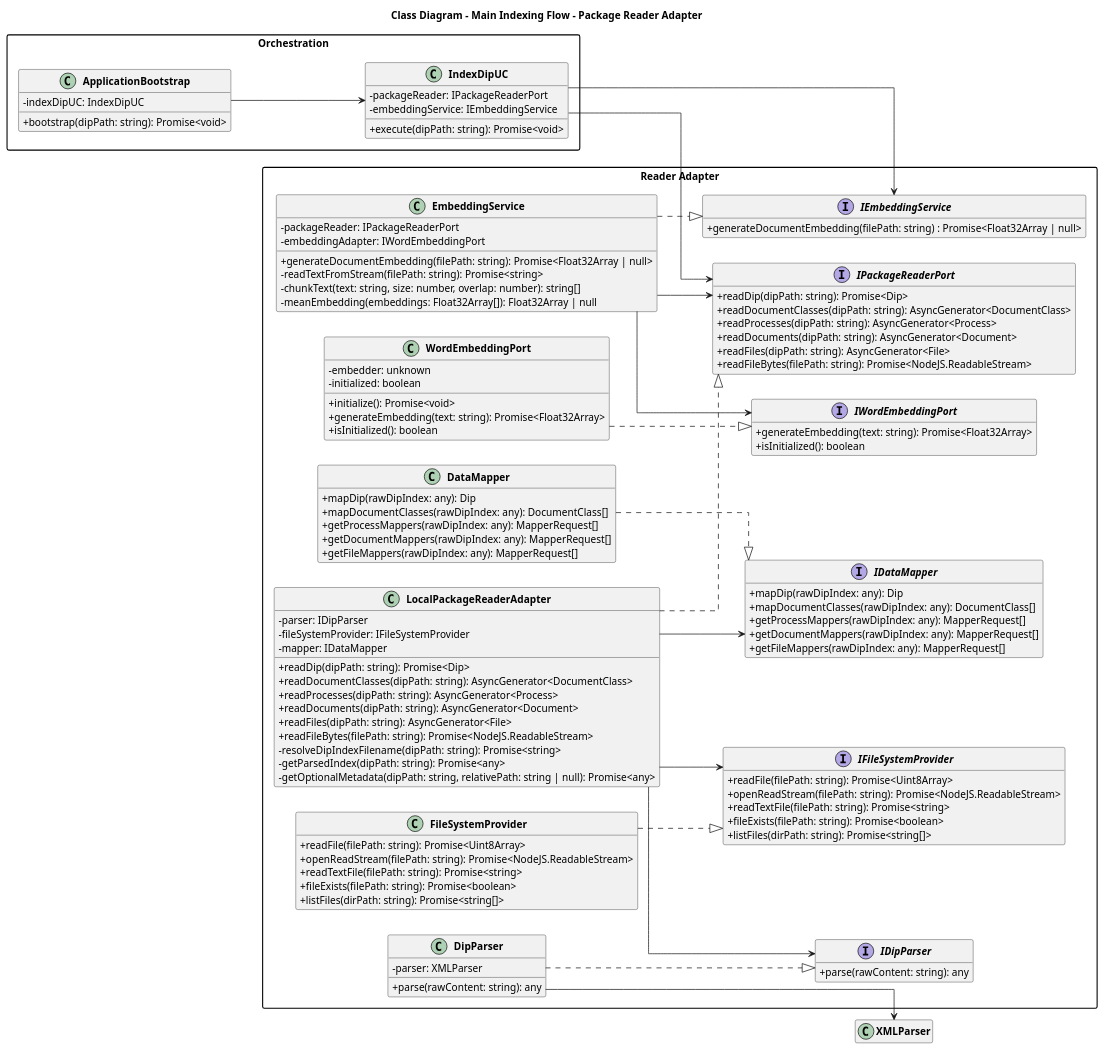
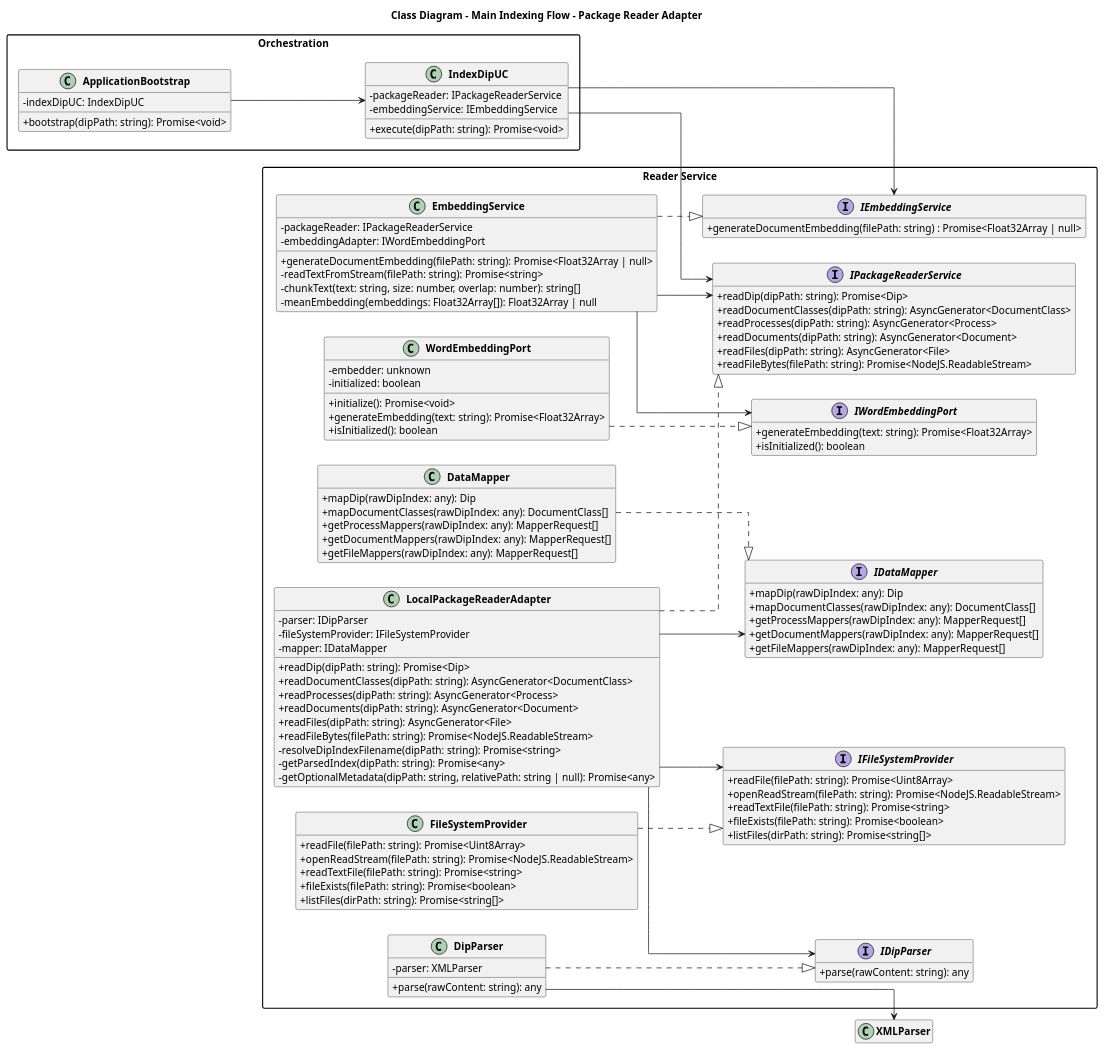
The diagram in 3_PB/DocumentiEsterni/DiagrammiSpecificaTecnica/C4/C4_Main_Indexing_Flow_packageReaderAdapter.puml (7-ZPUs/Docs), drawn with PlantUML before and after one commit. The commit also changed 11 other files, not shown here.

```diff
--- a/3_PB/DocumentiEsterni/DiagrammiSpecificaTecnica/C4/C4_Main_Indexing_Flow_packageReaderAdapter.puml
+++ b/3_PB/DocumentiEsterni/DiagrammiSpecificaTecnica/C4/C4_Main_Indexing_Flow_packageReaderAdapter.puml
@@ -1,134 +1,134 @@
 @startuml Class Diagram - Main Indexing Flow - Package Reader Adapter
 
 left to right direction
 skinparam classAttributeIconSize 0
 skinparam classFontStyle bold
 skinparam packageStyle rectangle
 skinparam linetype ortho
 hide empty members
 
 title Class Diagram - Main Indexing Flow - Package Reader Adapter
 
 package "Orchestration" {
   class ApplicationBootstrap {
     - indexDipUC: IndexDipUC
     + bootstrap(dipPath: string): Promise<void>
   }
 
   class IndexDipUC {
-    - packageReader: IPackageReaderPort
+    - packageReader: IPackageReaderService
     - embeddingService: IEmbeddingService
     + execute(dipPath: string): Promise<void>
   }
 }
 
-package "Reader Adapter" {
-  interface IPackageReaderPort {
+package "Reader Service" {
+  interface IPackageReaderService {
     + readDip(dipPath: string): Promise<Dip>
     + readDocumentClasses(dipPath: string): AsyncGenerator<DocumentClass>
     + readProcesses(dipPath: string): AsyncGenerator<Process>
     + readDocuments(dipPath: string): AsyncGenerator<Document>
     + readFiles(dipPath: string): AsyncGenerator<File>
     + readFileBytes(filePath: string): Promise<NodeJS.ReadableStream>
   }
 
   class LocalPackageReaderAdapter {
     - parser: IDipParser
     - fileSystemProvider: IFileSystemProvider
     - mapper: IDataMapper
     + readDip(dipPath: string): Promise<Dip>
     + readDocumentClasses(dipPath: string): AsyncGenerator<DocumentClass>
     + readProcesses(dipPath: string): AsyncGenerator<Process>
     + readDocuments(dipPath: string): AsyncGenerator<Document>
     + readFiles(dipPath: string): AsyncGenerator<File>
     + readFileBytes(filePath: string): Promise<NodeJS.ReadableStream>
     - resolveDipIndexFilename(dipPath: string): Promise<string>
     - getParsedIndex(dipPath: string): Promise<any>
     - getOptionalMetadata(dipPath: string, relativePath: string | null): Promise<any>
   }
 
   interface IDipParser {
     + parse(rawContent: string): any
   }
 
   class DipParser {
     - parser: XMLParser
     + parse(rawContent: string): any
   }
 
   interface IEmbeddingService{
     + generateDocumentEmbedding(filePath: string) : Promise<Float32Array | null>
   }
 
   interface IDataMapper {
     + mapDip(rawDipIndex: any): Dip
     + mapDocumentClasses(rawDipIndex: any): DocumentClass[]
     + getProcessMappers(rawDipIndex: any): MapperRequest[]
     + getDocumentMappers(rawDipIndex: any): MapperRequest[]
     + getFileMappers(rawDipIndex: any): MapperRequest[]
   }
 
   class DataMapper {
     + mapDip(rawDipIndex: any): Dip
     + mapDocumentClasses(rawDipIndex: any): DocumentClass[]
     + getProcessMappers(rawDipIndex: any): MapperRequest[]
     + getDocumentMappers(rawDipIndex: any): MapperRequest[]
     + getFileMappers(rawDipIndex: any): MapperRequest[]
   }
 
   interface IFileSystemProvider {
     + readFile(filePath: string): Promise<Uint8Array>
     + openReadStream(filePath: string): Promise<NodeJS.ReadableStream>
     + readTextFile(filePath: string): Promise<string>
     + fileExists(filePath: string): Promise<boolean>
     + listFiles(dirPath: string): Promise<string[]>
   }
 
   class FileSystemProvider {
     + readFile(filePath: string): Promise<Uint8Array>
     + openReadStream(filePath: string): Promise<NodeJS.ReadableStream>
     + readTextFile(filePath: string): Promise<string>
     + fileExists(filePath: string): Promise<boolean>
     + listFiles(dirPath: string): Promise<string[]>
   }
 
   class EmbeddingService {
-    - packageReader: IPackageReaderPort
+    - packageReader: IPackageReaderService
     - embeddingAdapter: IWordEmbeddingPort
     + generateDocumentEmbedding(filePath: string): Promise<Float32Array | null>
     - readTextFromStream(filePath: string): Promise<string>
     - chunkText(text: string, size: number, overlap: number): string[]
     - meanEmbedding(embeddings: Float32Array[]): Float32Array | null
   }
 
   interface IWordEmbeddingPort {
     + generateEmbedding(text: string): Promise<Float32Array>
     + isInitialized(): boolean
   }
 
   class WordEmbeddingPort {
     - embedder: unknown
     - initialized: boolean
     + initialize(): Promise<void>
     + generateEmbedding(text: string): Promise<Float32Array>
     + isInitialized(): boolean
   }
 }
 
 ApplicationBootstrap --> IndexDipUC
-IndexDipUC --> IPackageReaderPort
-LocalPackageReaderAdapter ..|> IPackageReaderPort
+IndexDipUC --> IPackageReaderService
+LocalPackageReaderAdapter ..|> IPackageReaderService
 LocalPackageReaderAdapter --> IDipParser
 LocalPackageReaderAdapter --> IDataMapper
 LocalPackageReaderAdapter --> IFileSystemProvider
 DipParser ..|> IDipParser
 DipParser --> XMLParser
 DataMapper ..|> IDataMapper
 FileSystemProvider ..|> IFileSystemProvider
 IndexDipUC --> IEmbeddingService
 EmbeddingService ..|> IEmbeddingService
-EmbeddingService --> IPackageReaderPort
+EmbeddingService --> IPackageReaderService
 EmbeddingService --> IWordEmbeddingPort
 WordEmbeddingPort ..|> IWordEmbeddingPort
 
 @enduml
```
